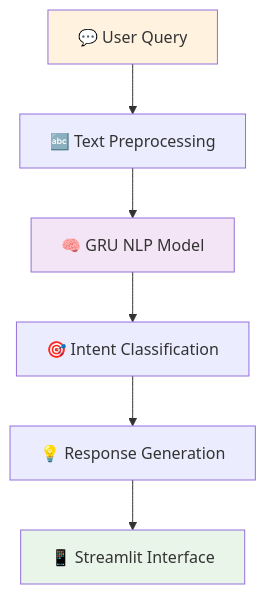
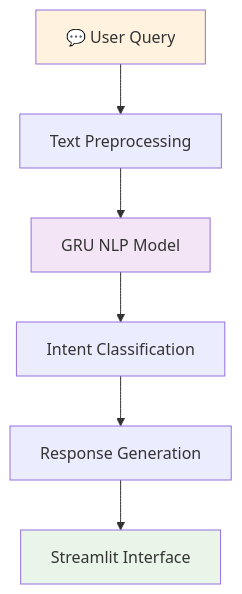
The second of 2 diagrams in README.md (1achraf1/I-COACH), drawn with Mermaid before and after one commit. The commit also changed other lines of this file, not shown here.

````diff
--- a/README.md
+++ b/README.md
@@ -58,12 +58,12 @@
 ```mermaid
 graph TD
-    A[💬 User Query] --> B[🔤 Text Preprocessing]
-    B --> C[🧠 GRU NLP Model]
-    C --> D[🎯 Intent Classification]
-    D --> E[💡 Response Generation]
-    E --> F[📱 Streamlit Interface]
+    A[💬 User Query] --> B[Text Preprocessing]
+    B --> C[GRU NLP Model]
+    C --> D[Intent Classification]
+    D --> E[Response Generation]
+    E --> F[Streamlit Interface]
     
     style A fill:#fff3e0
     style C fill:#f3e5f5
     style F fill:#e8f5e8
 ```
````
